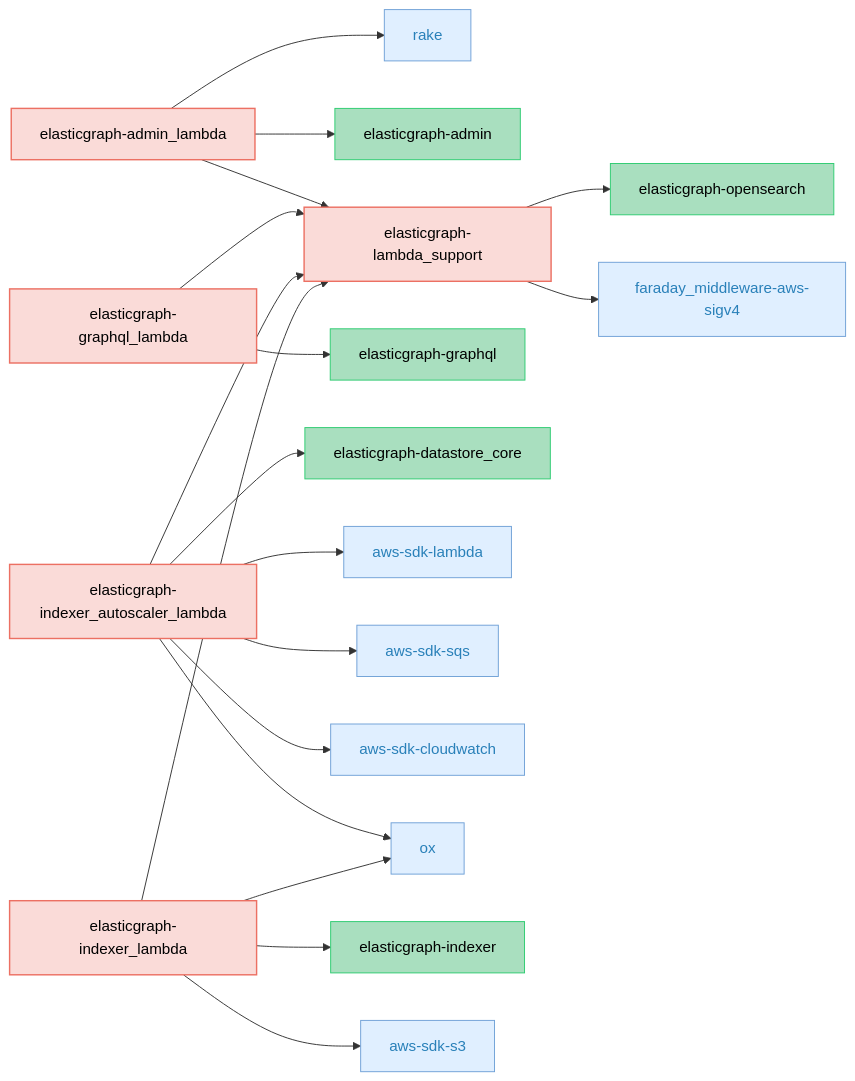
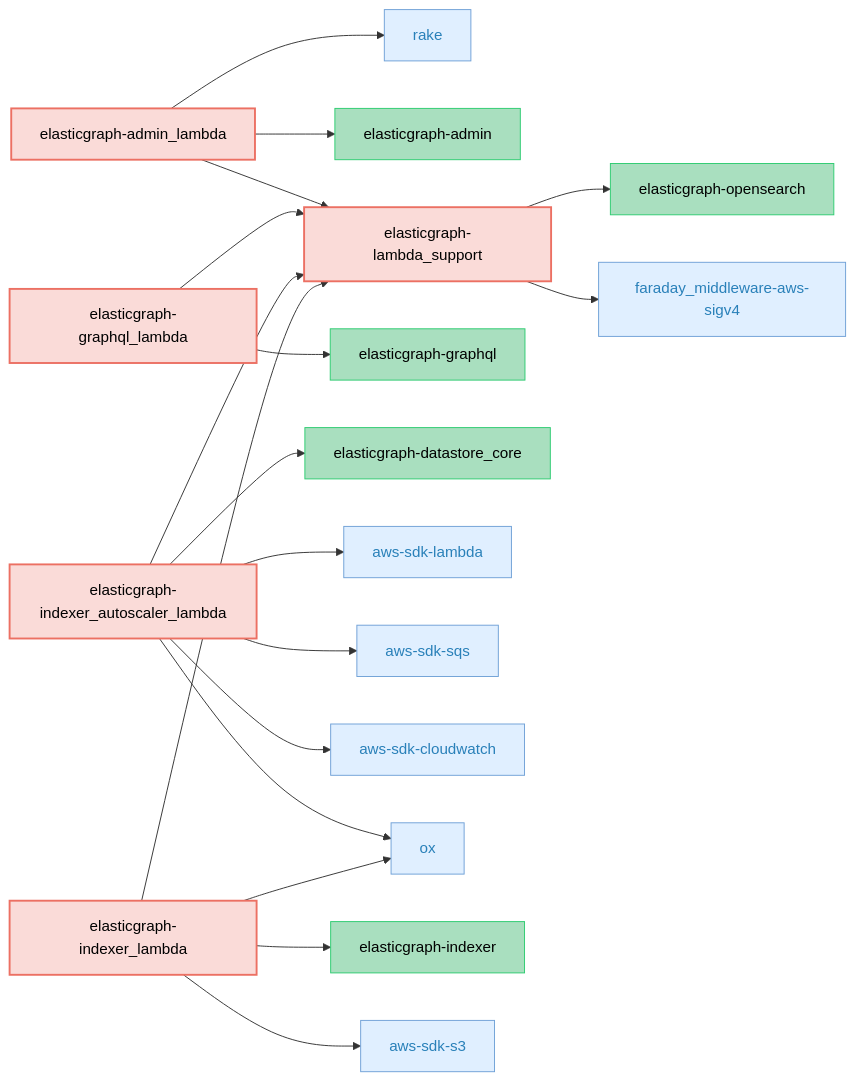
One commit to block/elasticgraph changed the second of 5 diagrams in CODEBASE_OVERVIEW.md. Above: the diagram before and after it, drawn with Mermaid. The commit also changed other lines of this file and 23 other files, not shown here.

````diff
--- a/CODEBASE_OVERVIEW.md
+++ b/CODEBASE_OVERVIEW.md
@@ -96,64 +96,64 @@
 ```mermaid
 graph LR;
-    classDef currentCategoryGemStyle fill:#FADBD8,stroke:#EC7063,color:#000,stroke-width:1.5px;
+    classDef targetGemStyle fill:#FADBD8,stroke:#EC7063,color:#000,stroke-width:2px;
     classDef otherEgGemStyle fill:#A9DFBF,stroke:#2ECC71,color:#000;
     classDef externalGemCatStyle fill:#E0EFFF,stroke:#70A1D7,color:#2980B9;
     elasticgraph-admin_lambda["elasticgraph-admin_lambda"];
     rake["rake"];
     elasticgraph-admin["elasticgraph-admin"];
     elasticgraph-lambda_support["elasticgraph-lambda_support"];
     elasticgraph-graphql_lambda["elasticgraph-graphql_lambda"];
     elasticgraph-graphql["elasticgraph-graphql"];
     elasticgraph-indexer_autoscaler_lambda["elasticgraph-indexer_autoscaler_lambda"];
     elasticgraph-datastore_core["elasticgraph-datastore_core"];
     aws-sdk-lambda["aws-sdk-lambda"];
     aws-sdk-sqs["aws-sdk-sqs"];
     aws-sdk-cloudwatch["aws-sdk-cloudwatch"];
     ox["ox"];
     elasticgraph-indexer_lambda["elasticgraph-indexer_lambda"];
     elasticgraph-indexer["elasticgraph-indexer"];
     aws-sdk-s3["aws-sdk-s3"];
     elasticgraph-opensearch["elasticgraph-opensearch"];
     faraday_middleware-aws-sigv4["faraday_middleware-aws-sigv4"];
     elasticgraph-admin_lambda --> rake;
     elasticgraph-admin_lambda --> elasticgraph-admin;
     elasticgraph-admin_lambda --> elasticgraph-lambda_support;
     elasticgraph-graphql_lambda --> elasticgraph-graphql;
     elasticgraph-graphql_lambda --> elasticgraph-lambda_support;
     elasticgraph-indexer_autoscaler_lambda --> elasticgraph-datastore_core;
     elasticgraph-indexer_autoscaler_lambda --> elasticgraph-lambda_support;
     elasticgraph-indexer_autoscaler_lambda --> aws-sdk-lambda;
     elasticgraph-indexer_autoscaler_lambda --> aws-sdk-sqs;
     elasticgraph-indexer_autoscaler_lambda --> aws-sdk-cloudwatch;
     elasticgraph-indexer_autoscaler_lambda --> ox;
     elasticgraph-indexer_lambda --> elasticgraph-indexer;
     elasticgraph-indexer_lambda --> elasticgraph-lambda_support;
     elasticgraph-indexer_lambda --> aws-sdk-s3;
     elasticgraph-indexer_lambda --> ox;
     elasticgraph-lambda_support --> elasticgraph-opensearch;
     elasticgraph-lambda_support --> faraday_middleware-aws-sigv4;
-    class elasticgraph-admin_lambda currentCategoryGemStyle;
+    class elasticgraph-admin_lambda targetGemStyle;
     class rake externalGemCatStyle;
     class elasticgraph-admin otherEgGemStyle;
-    class elasticgraph-lambda_support currentCategoryGemStyle;
-    class elasticgraph-graphql_lambda currentCategoryGemStyle;
+    class elasticgraph-lambda_support targetGemStyle;
+    class elasticgraph-graphql_lambda targetGemStyle;
     class elasticgraph-graphql otherEgGemStyle;
-    class elasticgraph-indexer_autoscaler_lambda currentCategoryGemStyle;
+    class elasticgraph-indexer_autoscaler_lambda targetGemStyle;
     class elasticgraph-datastore_core otherEgGemStyle;
     class aws-sdk-lambda externalGemCatStyle;
     class aws-sdk-sqs externalGemCatStyle;
     class aws-sdk-cloudwatch externalGemCatStyle;
     class ox externalGemCatStyle;
-    class elasticgraph-indexer_lambda currentCategoryGemStyle;
+    class elasticgraph-indexer_lambda targetGemStyle;
     class elasticgraph-indexer otherEgGemStyle;
     class aws-sdk-s3 externalGemCatStyle;
     class elasticgraph-opensearch otherEgGemStyle;
     class faraday_middleware-aws-sigv4 externalGemCatStyle;
     click rake href "https://rubygems.org/gems/rake" "Open on RubyGems.org" _blank;
     click aws-sdk-lambda href "https://rubygems.org/gems/aws-sdk-lambda" "Open on RubyGems.org" _blank;
     click aws-sdk-sqs href "https://rubygems.org/gems/aws-sdk-sqs" "Open on RubyGems.org" _blank;
     click aws-sdk-cloudwatch href "https://rubygems.org/gems/aws-sdk-cloudwatch" "Open on RubyGems.org" _blank;
     click ox href "https://rubygems.org/gems/ox" "Open on RubyGems.org" _blank;
     click aws-sdk-s3 href "https://rubygems.org/gems/aws-sdk-s3" "Open on RubyGems.org" _blank;
     click faraday_middleware-aws-sigv4 href "https://rubygems.org/gems/faraday_middleware-aws-sigv4" "Open on RubyGems.org" _blank;
 ```
````
